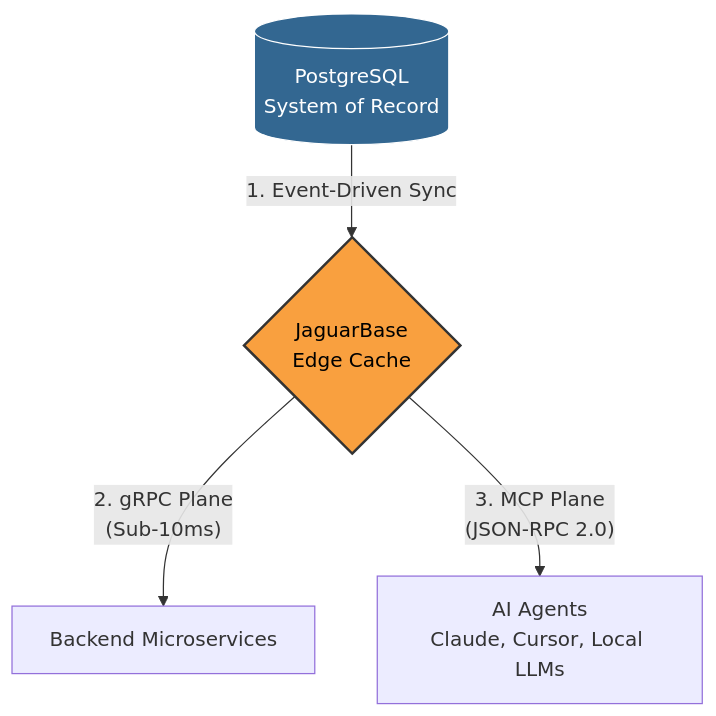
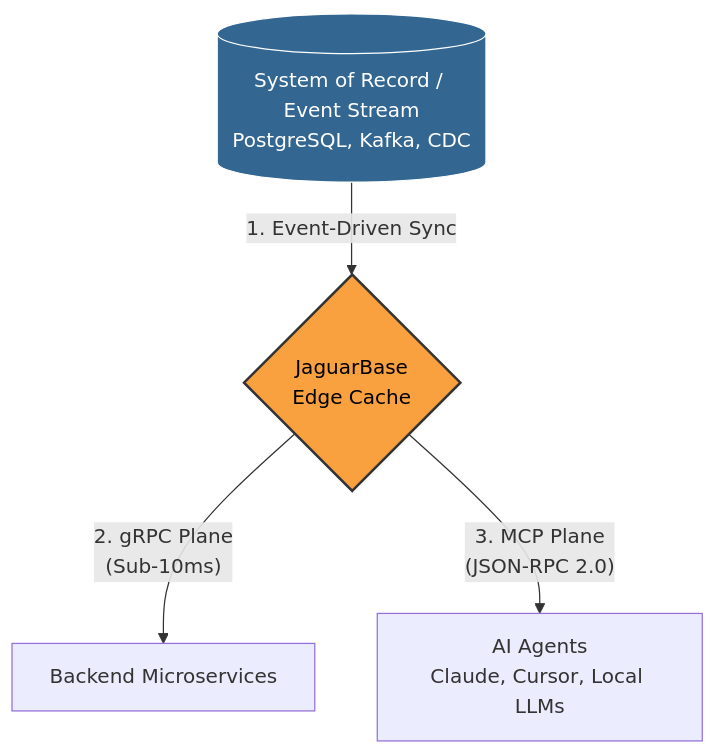
Before and after one commit to andrewbraga1/jaguarbase: the first of 2 diagrams in README.md, drawn with Mermaid. The commit also changed other lines of this file and 18 other files, not shown here.

````diff
--- a/README.md
+++ b/README.md
@@ -28,8 +28,8 @@
 ```mermaid
 graph TD
-    Source[(PostgreSQL\nSystem of Record)] -- 1. Event-Driven Sync --> JB{JaguarBase\nEdge Cache}
+    Source[(System of Record / Event Stream\nPostgreSQL, Kafka, CDC)] -- 1. Event-Driven Sync --> JB{JaguarBase\nEdge Cache}
     JB -- 2. gRPC Plane\n(Sub-10ms) --> Backend[Backend Microservices]
     JB -- 3. MCP Plane\n(JSON-RPC 2.0) --> AI[AI Agents\nClaude, Cursor, Local LLMs]
     style JB fill:#f9a03f,stroke:#333,stroke-width:2px,color:#000
     style Source fill:#336791,stroke:#fff,color:#fff
 ```
````
